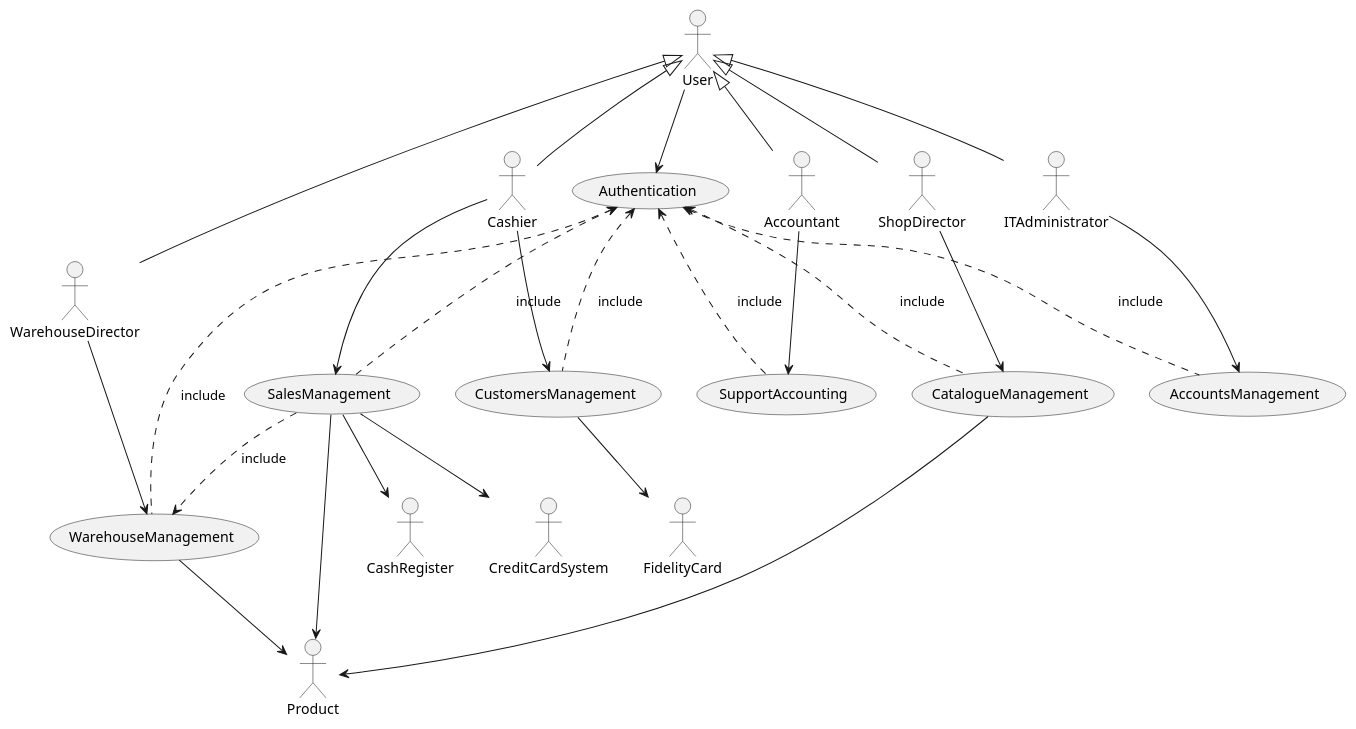
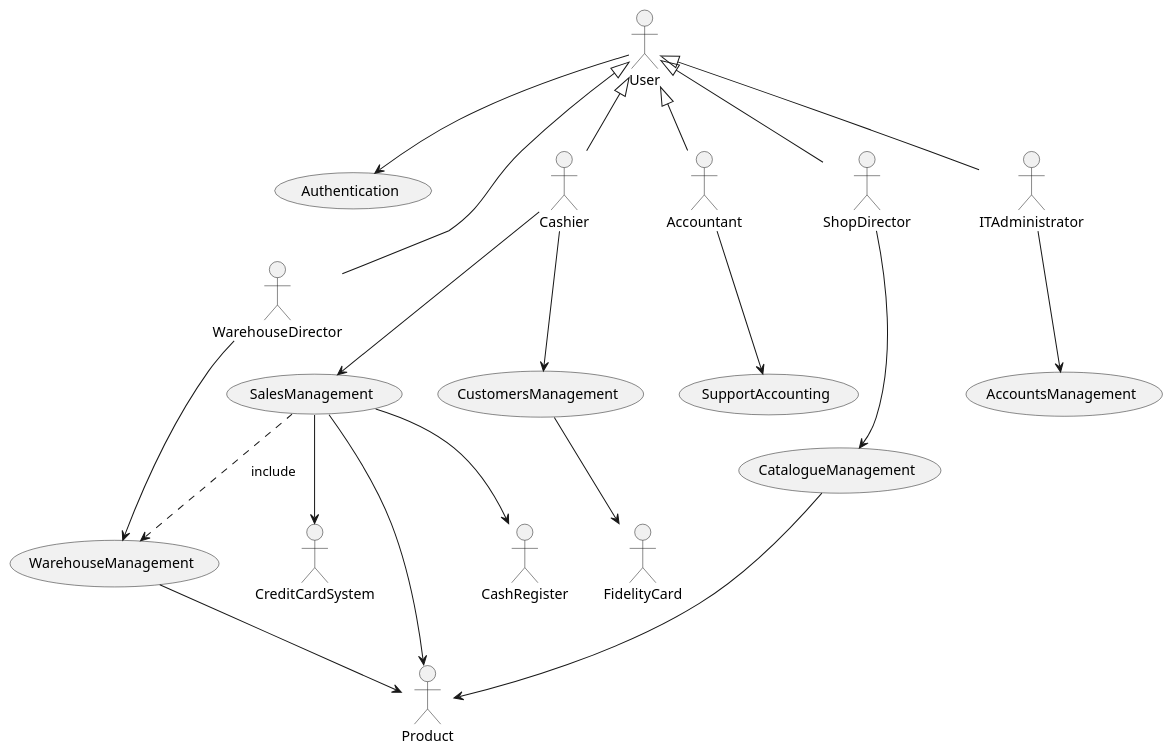
Before and after one commit to Stormz4/group20-EzShop: the second of 12 diagrams in Deliverables/RequirementsDocument.md, drawn with PlantUML. The commit also changed other lines of this file, not shown here.

Commit message:
Doc: edited Context diagram (includes removed); Added interfaces for ITAdministrator

````diff
--- a/Deliverables/RequirementsDocument.md
+++ b/Deliverables/RequirementsDocument.md
@@ -227,44 +228,37 @@
 ```plantuml
 @startuml
 usecase Authentication
 usecase SalesManagement
 usecase CustomersManagement
 usecase CatalogueManagement
 usecase WarehouseManagement
 usecase SupportAccounting
 usecase AccountsManagement
 
 
 User <|-- Cashier
 User <|-- WarehouseDirector
 User <|-- Accountant
 User <|-- ShopDirector
 User <|-- ITAdministrator
 
 User --> Authentication
 Cashier --> SalesManagement
 Cashier --> CustomersManagement
 ShopDirector --> CatalogueManagement
 WarehouseDirector --> WarehouseManagement
 Accountant --> SupportAccounting
 
 
 ITAdministrator --> AccountsManagement
 
 SalesManagement --> Product
 WarehouseManagement --> Product
 CatalogueManagement --> Product
 SalesManagement ..> WarehouseManagement : include
 
-Authentication <.. SalesManagement : include
-Authentication <.. CustomersManagement : include
-Authentication <.. CatalogueManagement : include
-Authentication <.. WarehouseManagement : include
-Authentication <.. AccountsManagement : include
-Authentication <.. SupportAccounting : include
-
 CustomersManagement --> FidelityCard
 SalesManagement --> CashRegister
 SalesManagement --> CreditCardSystem
 @enduml
 ```
````
